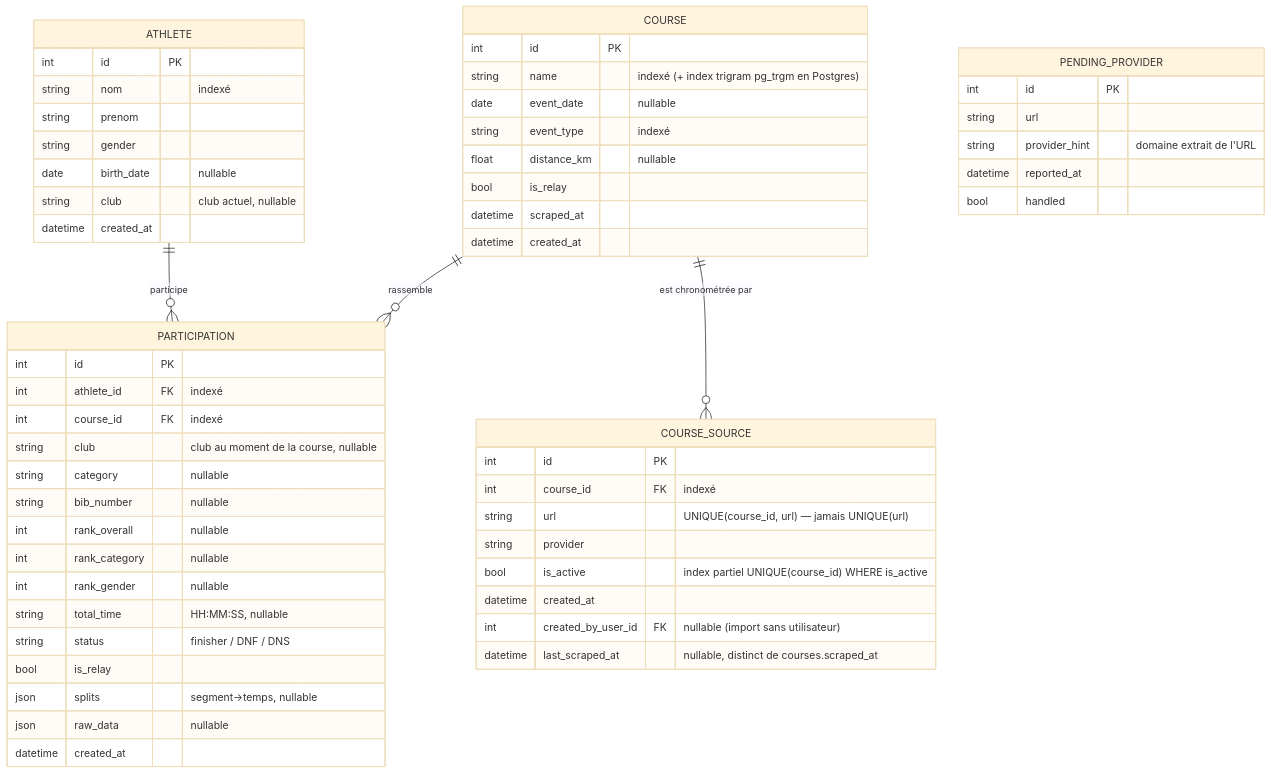
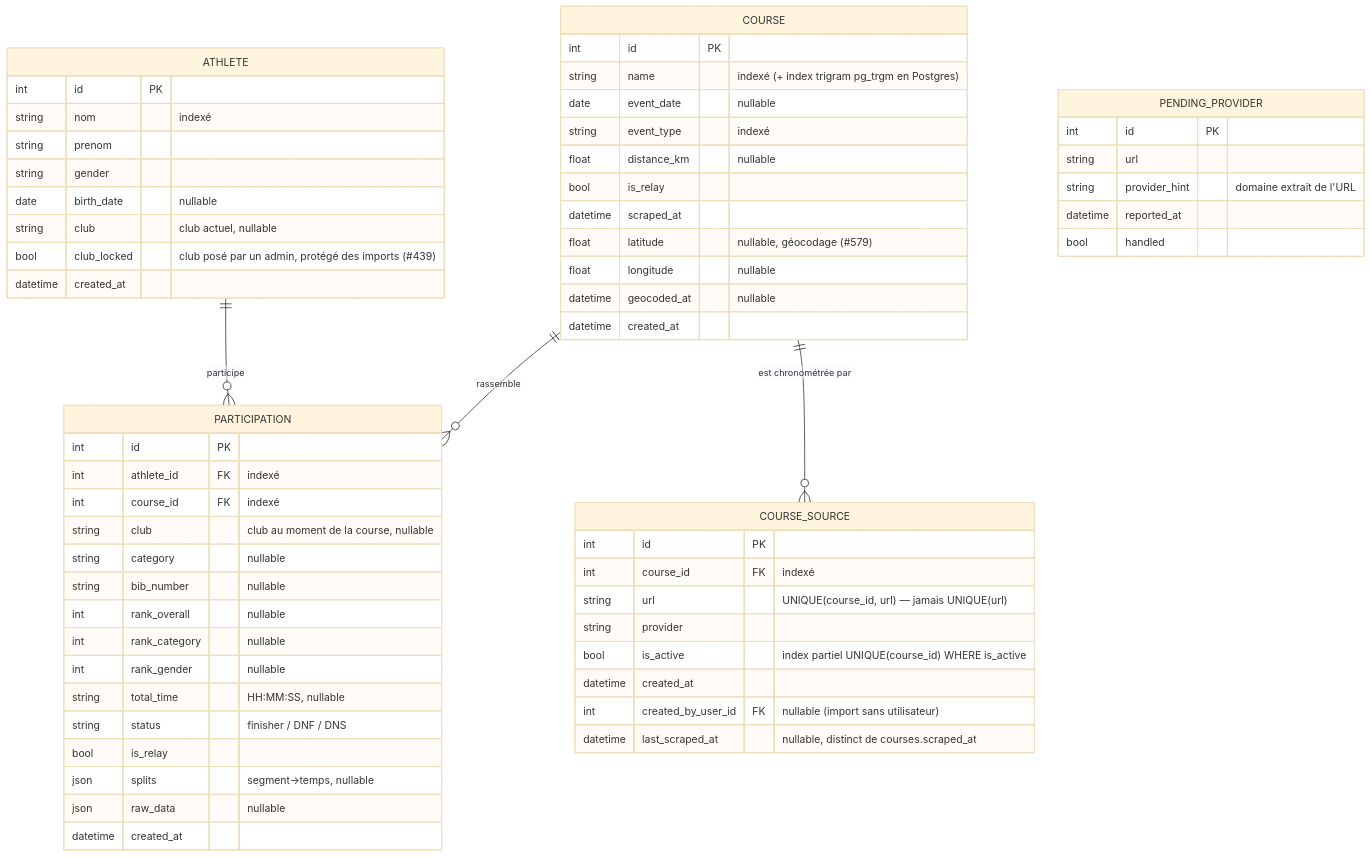
The diagram in docs/modele-donnees.md (Triathlon-Club-Nantais/data-triathlon), drawn with Mermaid (base theme) before and after one commit. The commit also changed 5 other files, not shown here.

````diff
--- a/docs/modele-donnees.md
+++ b/docs/modele-donnees.md
@@ -35,64 +35,68 @@
 ```mermaid
 erDiagram
     ATHLETE ||--o{ PARTICIPATION : "participe"
     COURSE  ||--o{ PARTICIPATION : "rassemble"
     COURSE  ||--o{ COURSE_SOURCE : "est chronométrée par"
 
     ATHLETE {
         int id PK
         string nom "indexé"
         string prenom
         string gender
         date birth_date "nullable"
         string club "club actuel, nullable"
+        bool club_locked "club posé par un admin, protégé des imports (#439)"
         datetime created_at
     }
 
     COURSE {
         int id PK
         string name "indexé (+ index trigram pg_trgm en Postgres)"
         date event_date "nullable"
         string event_type "indexé"
         float distance_km "nullable"
         bool is_relay
         datetime scraped_at
+        float latitude "nullable, géocodage (#579)"
+        float longitude "nullable"
+        datetime geocoded_at "nullable"
         datetime created_at
     }
 
     COURSE_SOURCE {
         int id PK
         int course_id FK "indexé"
         string url "UNIQUE(course_id, url) — jamais UNIQUE(url)"
         string provider
         bool is_active "index partiel UNIQUE(course_id) WHERE is_active"
         datetime created_at
         int created_by_user_id FK "nullable (import sans utilisateur)"
         datetime last_scraped_at "nullable, distinct de courses.scraped_at"
     }
 
     PARTICIPATION {
         int id PK
         int athlete_id FK "indexé"
         int course_id FK "indexé"
         string club "club au moment de la course, nullable"
         string category "nullable"
         string bib_number "nullable"
         int rank_overall "nullable"
         int rank_category "nullable"
         int rank_gender "nullable"
         string total_time "HH:MM:SS, nullable"
         string status "finisher / DNF / DNS"
         bool is_relay
         json splits "segment→temps, nullable"
         json raw_data "nullable"
         datetime created_at
     }
 
     PENDING_PROVIDER {
         int id PK
         string url
         string provider_hint "domaine extrait de l'URL"
         datetime reported_at
         bool handled
     }
 ```
````
